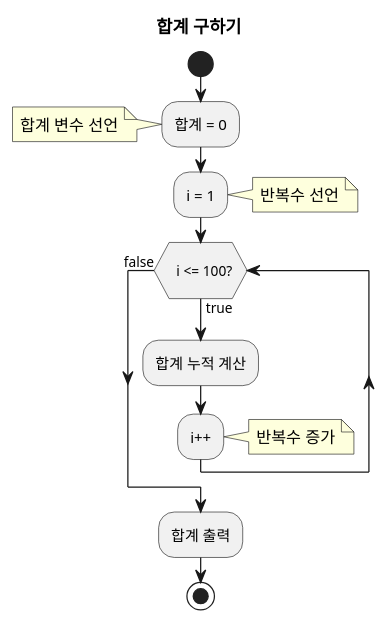
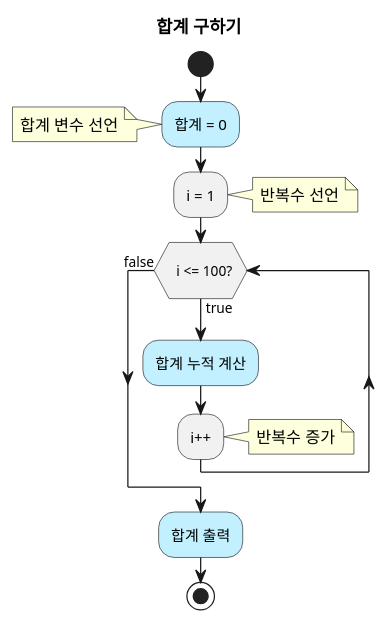
Before and after one commit to hiphop5782/all-in-one-java-resources: the diagram in puml/loop-total-01.puml, drawn with PlantUML. The commit also changed 1 other file, not shown here.

```diff
--- a/puml/loop-total-01.puml
+++ b/puml/loop-total-01.puml
@@ -1,24 +1,24 @@
 @startuml
 
 title 합계 구하기
 
 
 start
 
-:합계 = 0;
+#application:합계 = 0;
 note left: 합계 변수 선언
 
 :i = 1;
 note right: 반복수 선언
 
 while (\n  i <= 100?\n)  is (true)
-  :합계 누적 계산;
+  #application:합계 누적 계산;
   :i++;
   note right: 반복수 증가
 endwhile (false)
 
-:합계 출력;
+#application:합계 출력;
 
 stop
 
 @enduml
```
